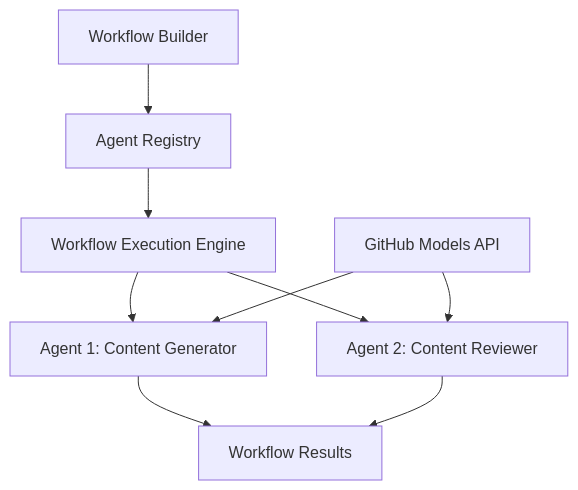
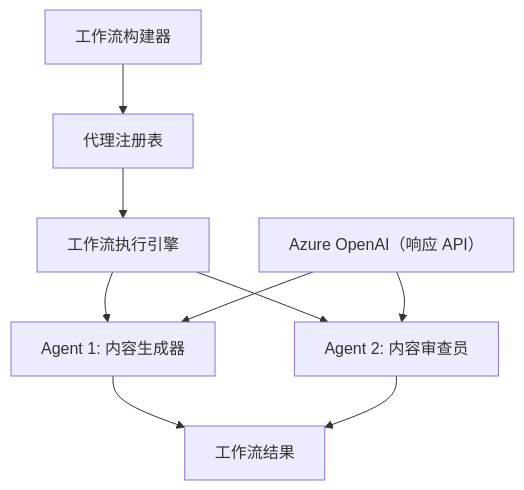
Before and after one commit to venturemavenwill/azureaifundamentals: the diagram in translations/zh-CN/08-multi-agent/code_samples/workflows-agent-framework/dotNET/01.dotnet-agent-framework-workflow-ghmodel-basic.md, drawn with Mermaid. The commit also changed other lines of this file and 4861 other files, not shown here.

````diff
--- a/translations/zh-CN/08-multi-agent/code_samples/workflows-agent-framework/dotNET/01.dotnet-agent-framework-workflow-ghmodel-basic.md
+++ b/translations/zh-CN/08-multi-agent/code_samples/workflows-agent-framework/dotNET/01.dotnet-agent-framework-workflow-ghmodel-basic.md
@@ -61,11 +64,11 @@
 ```mermaid
 graph TD
-    A[Workflow Builder] --> B[Agent Registry]
-    B --> C[Workflow Execution Engine]
-    C --> D[Agent 1: Content Generator]
-    C --> E[Agent 2: Content Reviewer] 
-    D --> F[Workflow Results]
+    A[工作流构建器] --> B[代理注册表]
+    B --> C[工作流执行引擎]
+    C --> D[Agent 1: 内容生成器]
+    C --> E[Agent 2: 内容审查员] 
+    D --> F[工作流结果]
     E --> F
-    G[GitHub Models API] --> D
+    G[Azure OpenAI（响应 API）] --> D
     G --> E
 ```
````
